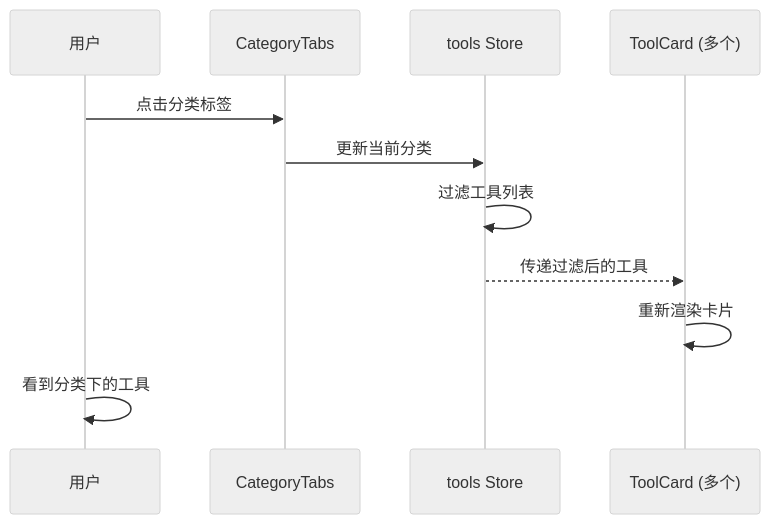
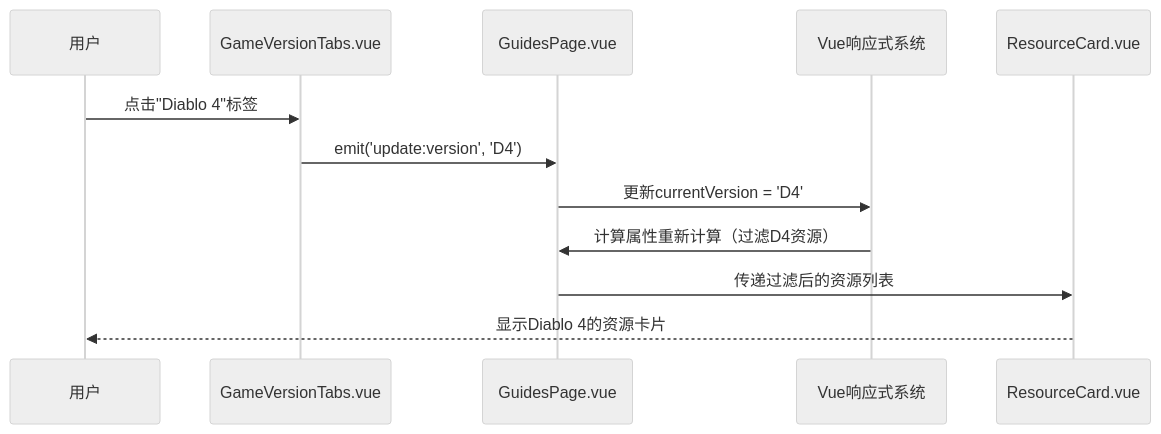
One commit to Eplayed/anhei-games changed the second of 4 diagrams in docs/ARCHITECTURE.md. Above: the diagram before and after it, drawn with Mermaid (neutral theme). The commit also changed other lines of this file and 42 other files, not shown here.

````diff
--- a/docs/ARCHITECTURE.md
+++ b/docs/ARCHITECTURE.md
@@ -437,14 +245,15 @@
 ```mermaid
 sequenceDiagram
     participant U as 用户
-    participant C as CategoryTabs
-    participant S as tools Store
-    participant F as ToolCard (多个)
+    participant T as GameVersionTabs.vue
+    participant H as GuidesPage.vue
+    participant V as Vue响应式系统
+    participant C as ResourceCard.vue
 
-    U->>C: 点击分类标签
-    C->>S: 更新当前分类
-    S->>S: 过滤工具列表
-    S-->>F: 传递过滤后的工具
-    F->>F: 重新渲染卡片
-    U->>U: 看到分类下的工具
+    U->>T: 点击"Diablo 4"标签
+    T->>H: emit('update:version', 'D4')
+    H->>V: 更新currentVersion = 'D4'
+    V->>H: 计算属性重新计算（过滤D4资源）
+    H->>C: 传递过滤后的资源列表
+    C-->>U: 显示Diablo 4的资源卡片
 ```
````
